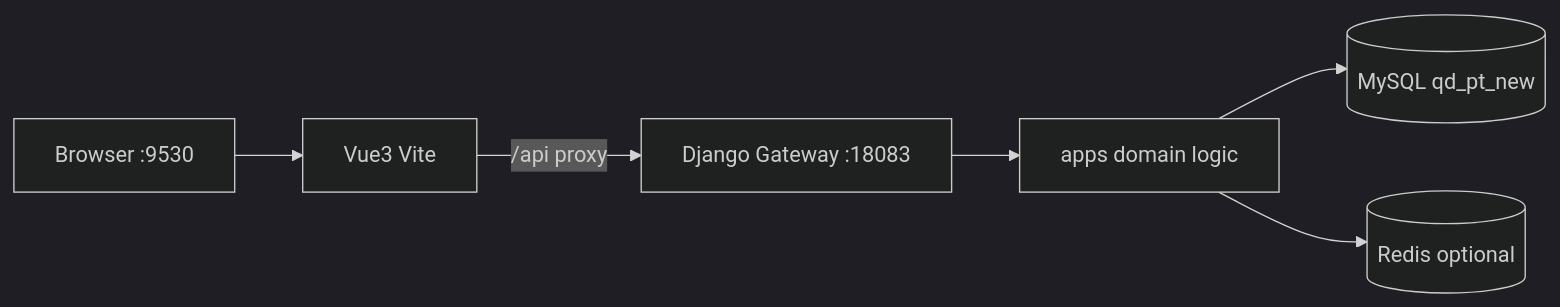
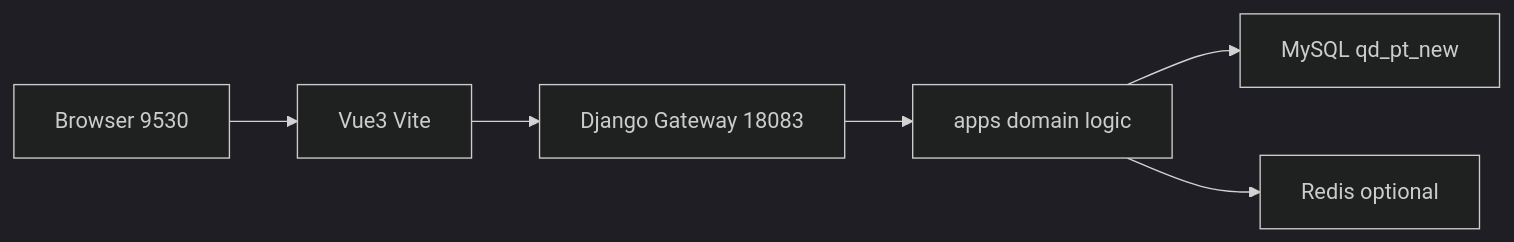
One commit to TZTANG97/utoo-pydjango changed the first of 6 diagrams in README.md. Above: the diagram before and after it, drawn with Mermaid (dark theme). The commit also changed other lines of this file, not shown here.

Commit message:
docs: simplify Mermaid for old GitLab parser (no cylinder nodes).

````diff
--- a/README.md
+++ b/README.md
@@ -53,8 +53,8 @@
 ```mermaid
 graph LR
-  Browser[Browser :9530] --> Vite[Vue3 Vite]
-  Vite -->|/api proxy| GW[Django Gateway :18083]
+  Browser[Browser 9530] --> Vite[Vue3 Vite]
+  Vite --> GW[Django Gateway 18083]
   GW --> Apps[apps domain logic]
-  Apps --> MySQL[(MySQL qd_pt_new)]
-  Apps --> Redis[(Redis optional)]
+  Apps --> MySQL[MySQL qd_pt_new]
+  Apps --> Redis[Redis optional]
 ```
````
